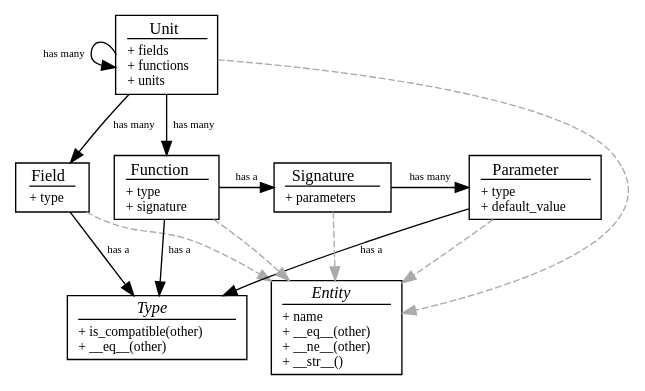
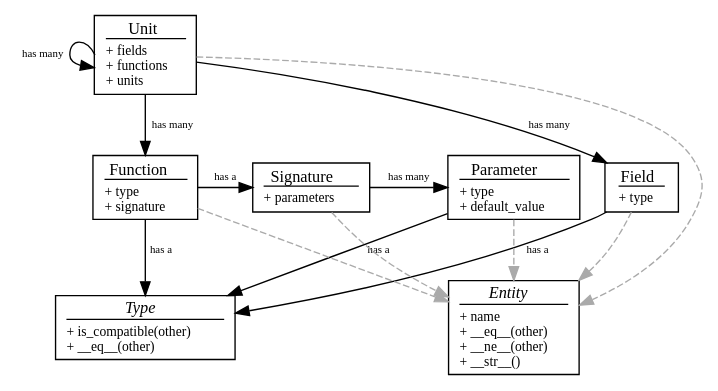
Before and after one commit to cshtarkov/autobump-dissertation: the diagram in images/dot/repr.dot, drawn with Graphviz. The commit also changed 3 other files, not shown here.

Commit message:
Better labels, diagrams, and typesetting

```diff
--- a/images/dot/repr.dot
+++ b/images/dot/repr.dot
@@ -1,92 +1,95 @@
 digraph representation  {
     node [shape=box,fontsize=10];
     edge [fontsize=8];
 
     entity [
         group = "gm"
         label = <<table border="0" cellborder="0" cellspacing="0" cellpadding="0">
                      <tr><td><font point-size="12"><i>Entity</i></font></td></tr>
                      <hr/>
                      <tr><td align="left" height="15" valign="bottom">+ name</td></tr>
                      <tr><td align="left">+ __eq__(other)</td></tr>
                      <tr><td align="left">+ __ne__(other)</td></tr>
                      <tr><td align="left">+ __str__()</td></tr>
                  </table>>;
     ];
 
     type [
+        group=col0;
         label = <<table border="0" cellborder="0" cellspacing="0" cellpadding="0">
                      <tr><td><font point-size="12"><i>Type</i></font></td></tr>
                      <hr/>
                      <tr><td align="left" height="15" valign="bottom">+ is_compatible(other)</td></tr>
                      <tr><td align="left">+ __eq__(other)</td></tr>
                  </table>>;
     ];
 
     field [
         label = <<table border="0" cellborder="0" cellspacing="0" cellpadding="0">
                      <tr><td><font point-size="12">Field</font></td></tr>
                      <hr/>
                      <tr><td align="left" height="15" valign="bottom">+ type</td></tr>
                  </table>>;
     ];
 
     parameter [
         label = <<table border="0" cellborder="0" cellspacing="0" cellpadding="0">
                      <tr><td><font point-size="12">Parameter</font></td></tr>
                      <hr/>
                      <tr><td align="left" height="15" valign="bottom">+ type</td></tr>
                      <tr><td align="left">+ default_value</td></tr>
                  </table>>;
     ];
 
     signature [
         label = <<table border="0" cellborder="0" cellspacing="0" cellpadding="0">
                      <tr><td><font point-size="12">Signature</font></td></tr>
                      <hr/>
                      <tr><td align="left" height="15" valign="bottom">+ parameters</td></tr>
                  </table>>;
     ];
 
     function [
+        group=col0;
         label = <<table border="0" cellborder="0" cellspacing="0" cellpadding="0">
                      <tr><td><font point-size="12">Function</font></td></tr>
                      <hr/>
                      <tr><td align="left" height="15" valign="bottom">+ type</td></tr>
                      <tr><td align="left">+ signature</td></tr>
                  </table>>;
     ];
 
     unit [
+        group=col0;
         label = <<table border="0" cellborder="0" cellspacing="0" cellpadding="0">
                      <tr><td><font point-size="12">Unit</font></td></tr>
                      <hr/>
                      <tr><td align="left" height="15" valign="bottom">+ fields</td></tr>
                      <tr><td align="left">+ functions</td></tr>
                      <tr><td align="left">+ units</td></tr>
                  </table>>;
     ];
 
     /* Extending Entity */
     field -> entity [style="dashed",color="#AAAAAA"]
     parameter -> entity [style="dashed",color="#AAAAAA"]
     signature -> entity [style="dashed",color="#AAAAAA"]
     function -> entity [style="dashed",color="#AAAAAA"]
     unit -> entity [style="dashed",color="#AAAAAA"]
 
     /* has-a Type */
     field -> type [label=" has a"]
     parameter -> type [label=" has a"]
     function -> type [label=" has a"]
 
     /* Additional has-a */
     signature -> parameter [label=" has many"]
     function -> signature [label=" has a"]
     unit -> field [label=" has many"]
     unit -> function [label=" has many"]
     unit -> unit [label="has many ",tailport="w"]
 
     {rank=max; entity type}
     {rank=min; unit}
     {rank=same; signature parameter field function}
 }
```
